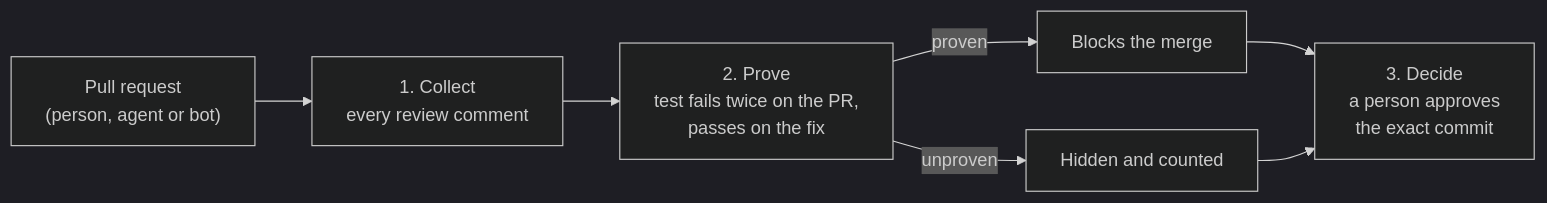
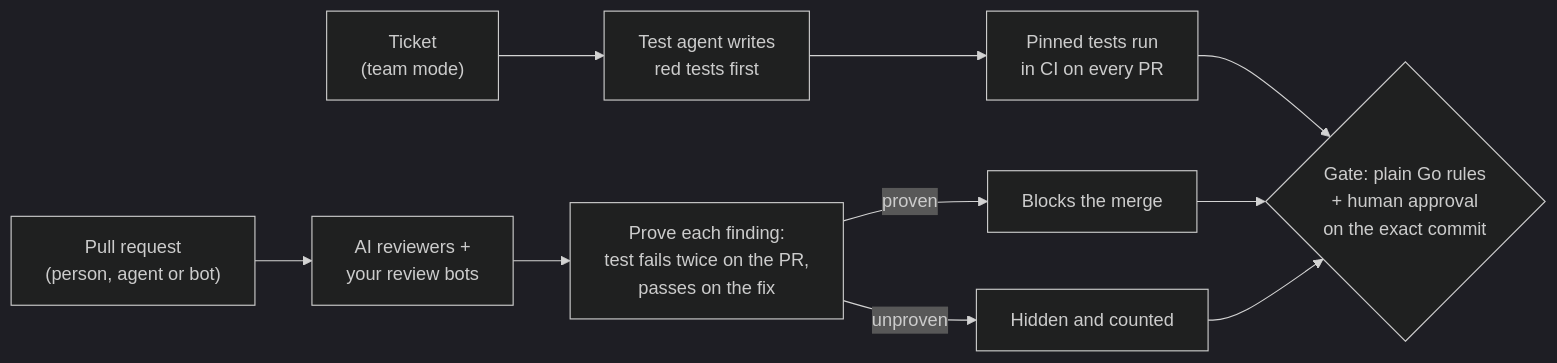
One commit to prathameshk421/Heimdall changed the diagram in README.md. Above: the diagram before and after it, drawn with Mermaid (dark theme). The commit also changed other lines of this file and 9 other files, not shown here.

````diff
--- a/README.md
+++ b/README.md
@@ -77,9 +101,12 @@
 ```mermaid
 flowchart LR
-  PR["Pull request<br/>(person, agent or bot)"] --> C["1. Collect<br/>every review comment"]
-  C --> P["2. Prove<br/>test fails twice on the PR,<br/>passes on the fix"]
+  T["Ticket<br/>(team mode)"] --> W["Test agent writes<br/>red tests first"]
+  W --> CI["Pinned tests run<br/>in CI on every PR"]
+  PR["Pull request<br/>(person, agent or bot)"] --> R["AI reviewers +<br/>your review bots"]
+  R --> P["Prove each finding:<br/>test fails twice on the PR,<br/>passes on the fix"]
   P -->|proven| B["Blocks the merge"]
   P -->|unproven| H["Hidden and counted"]
-  B --> D["3. Decide<br/>a person approves<br/>the exact commit"]
-  H --> D
+  CI --> G{"Gate: plain Go rules<br/>+ human approval<br/>on the exact commit"}
+  B --> G
+  H --> G
 ```
````
